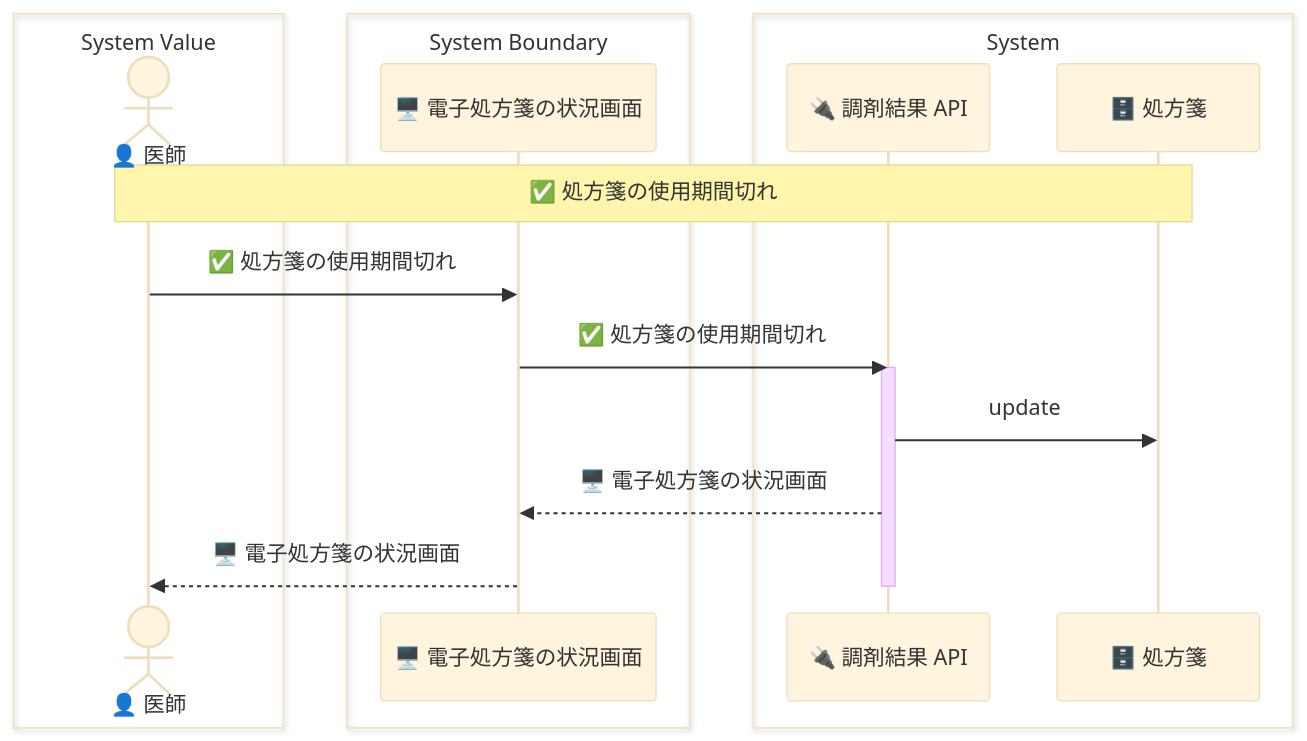
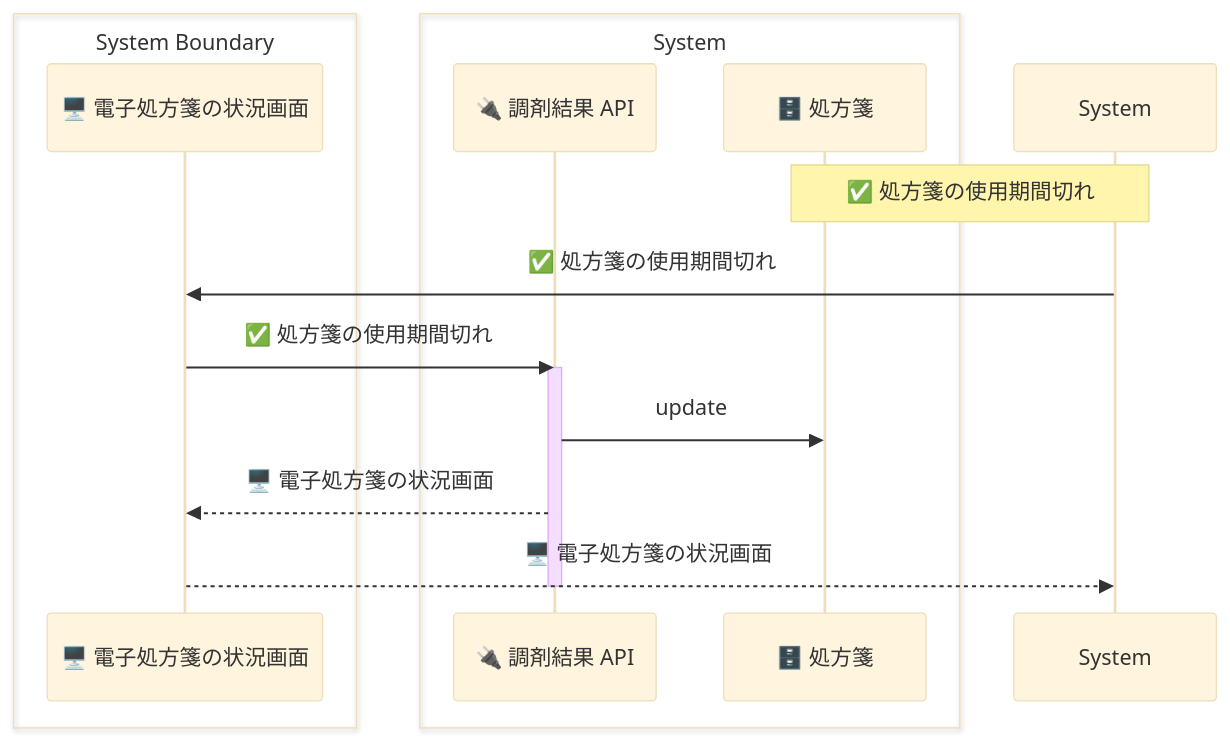
The diagram in samples/clinic-ops/out/uc/sequence_expire_prescription.mmd (manji-0/rdra-ish-dsl), drawn with Mermaid (base theme) before and after one commit. The commit also changed 71 other files, not shown here.

```diff
--- a/samples/clinic-ops/out/uc/sequence_expire_prescription.mmd
+++ b/samples/clinic-ops/out/uc/sequence_expire_prescription.mmd
@@ -1,20 +1,17 @@
 sequenceDiagram
-  box System Value
-    actor Clinician as 👤 医師
-  end
   box System Boundary
     participant PharmacyStatusScreen as 🖥️ 電子処方箋の状況画面
   end
   box System
     participant ConfirmDispenseApi as 🔌 調剤結果 API
     participant Prescription as 🗄️ 処方箋
   end
 
-  Note over Clinician,Prescription: ✅ 処方箋の使用期間切れ
-  Clinician->>PharmacyStatusScreen: ✅ 処方箋の使用期間切れ
+  Note over System,Prescription: ✅ 処方箋の使用期間切れ
+  System->>PharmacyStatusScreen: ✅ 処方箋の使用期間切れ
   PharmacyStatusScreen->>ConfirmDispenseApi: ✅ 処方箋の使用期間切れ
   activate ConfirmDispenseApi
   ConfirmDispenseApi->>Prescription: update
   ConfirmDispenseApi-->>PharmacyStatusScreen: 🖥️ 電子処方箋の状況画面
-  PharmacyStatusScreen-->>Clinician: 🖥️ 電子処方箋の状況画面
+  PharmacyStatusScreen-->>System: 🖥️ 電子処方箋の状況画面
   deactivate ConfirmDispenseApi
```
